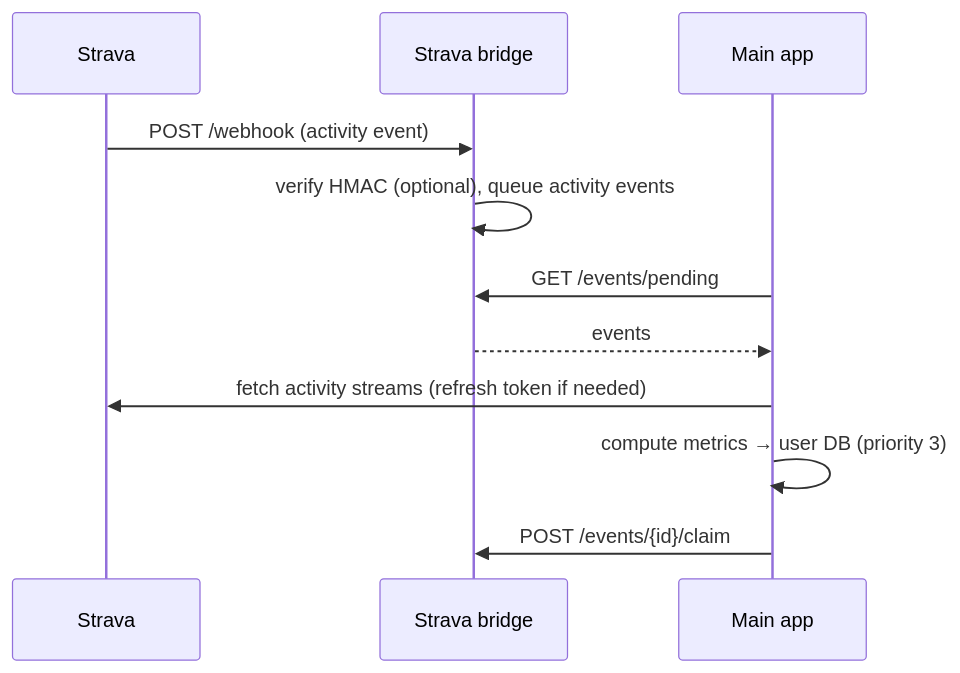
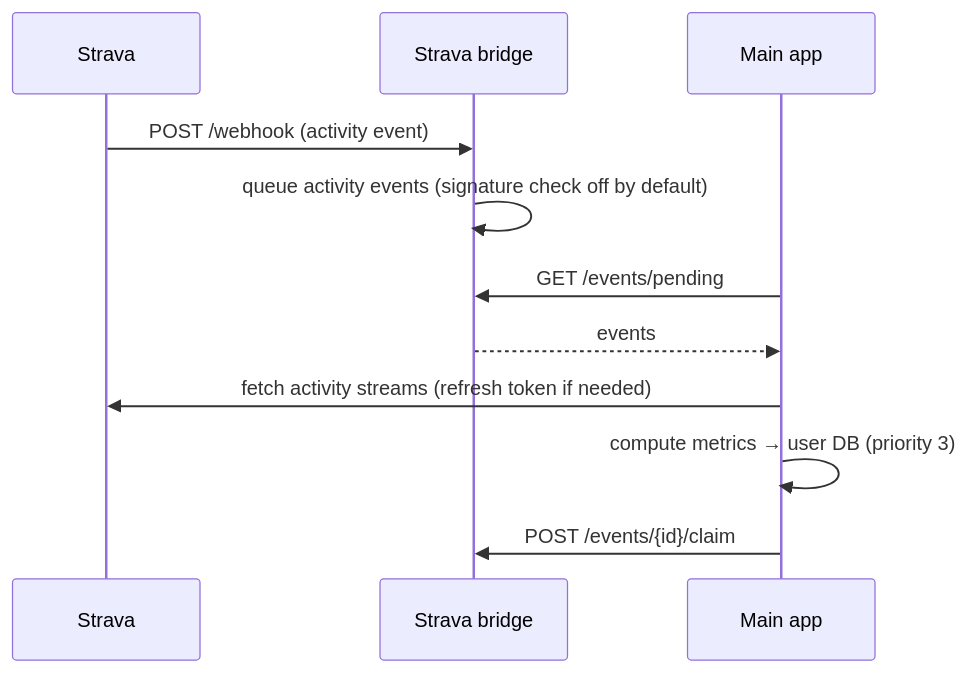
One commit to openkoutsi/openkoutsi-arch changed the diagram in docs/integrations/strava.md. Above: the diagram before and after it, drawn with Mermaid. The commit also changed other lines of this file, not shown here.

First line of the commit message:
Strava webhooks: record that the signature check is off

````diff
--- a/docs/integrations/strava.md
+++ b/docs/integrations/strava.md
@@ -44,13 +53,13 @@
 ```mermaid
 sequenceDiagram
     participant S as Strava
     participant B as Strava bridge
     participant A as Main app
     S->>B: POST /webhook (activity event)
-    B->>B: verify HMAC (optional), queue activity events
+    B->>B: queue activity events (signature check off by default)
     A->>B: GET /events/pending
     B-->>A: events
     A->>S: fetch activity streams (refresh token if needed)
     A->>A: compute metrics → user DB (priority 3)
     A->>B: POST /events/{id}/claim
 ```
````
